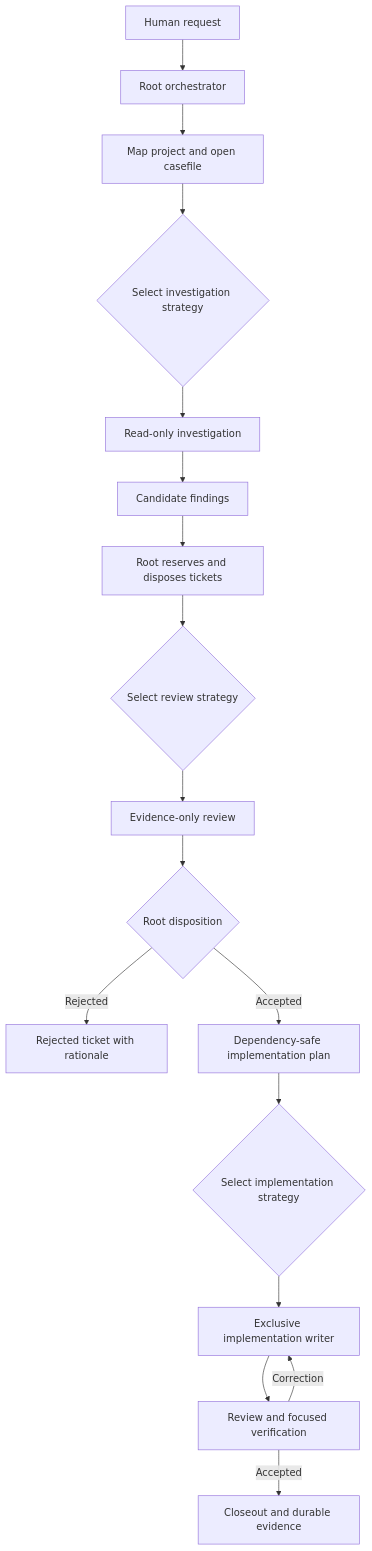
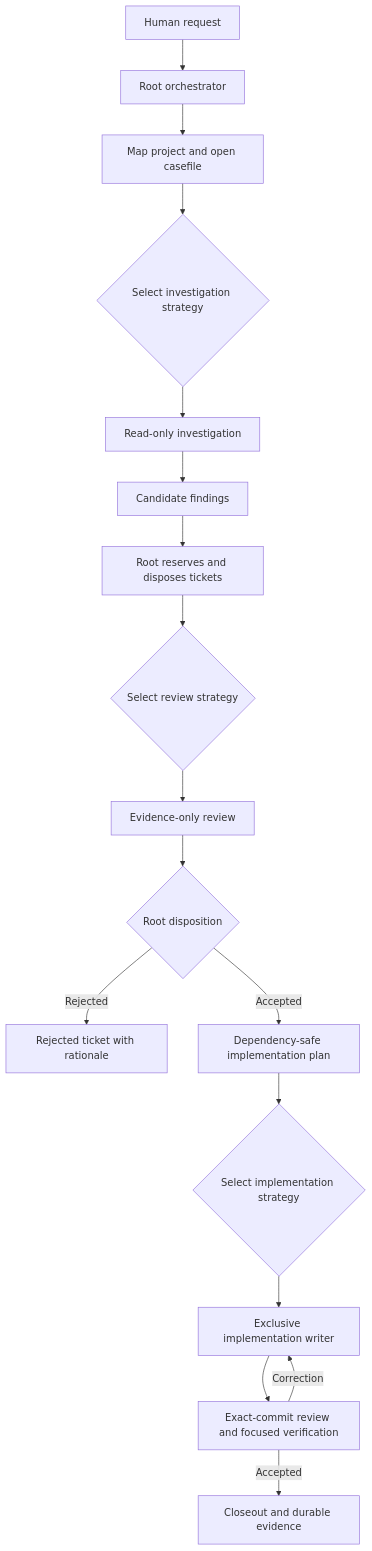
Before and after one commit to alsi-lawr/HUMANS.md: the first of 3 diagrams in casefile-workflow/README.md, drawn with Mermaid. The commit also changed other lines of this file and 40 other files, not shown here.

````diff
--- a/casefile-workflow/README.md
+++ b/casefile-workflow/README.md
@@ -24,19 +24,19 @@
 ```mermaid
 flowchart TB
     H[Human request] --> R[Root orchestrator]
     R --> M[Map project and open casefile]
     M --> SI{Select investigation strategy}
     SI --> I[Read-only investigation]
     I --> C[Candidate findings]
     C --> T[Root reserves and disposes tickets]
     T --> SR{Select review strategy}
     SR --> V[Evidence-only review]
     V --> D{Root disposition}
     D -->|Rejected| X[Rejected ticket with rationale]
     D -->|Accepted| P[Dependency-safe implementation plan]
     P --> SM{Select implementation strategy}
     SM --> W[Exclusive implementation writer]
-    W --> Q[Review and focused verification]
+    W --> Q[Exact-commit review and focused verification]
     Q -->|Correction| W
     Q -->|Accepted| O[Closeout and durable evidence]
 ```
````
